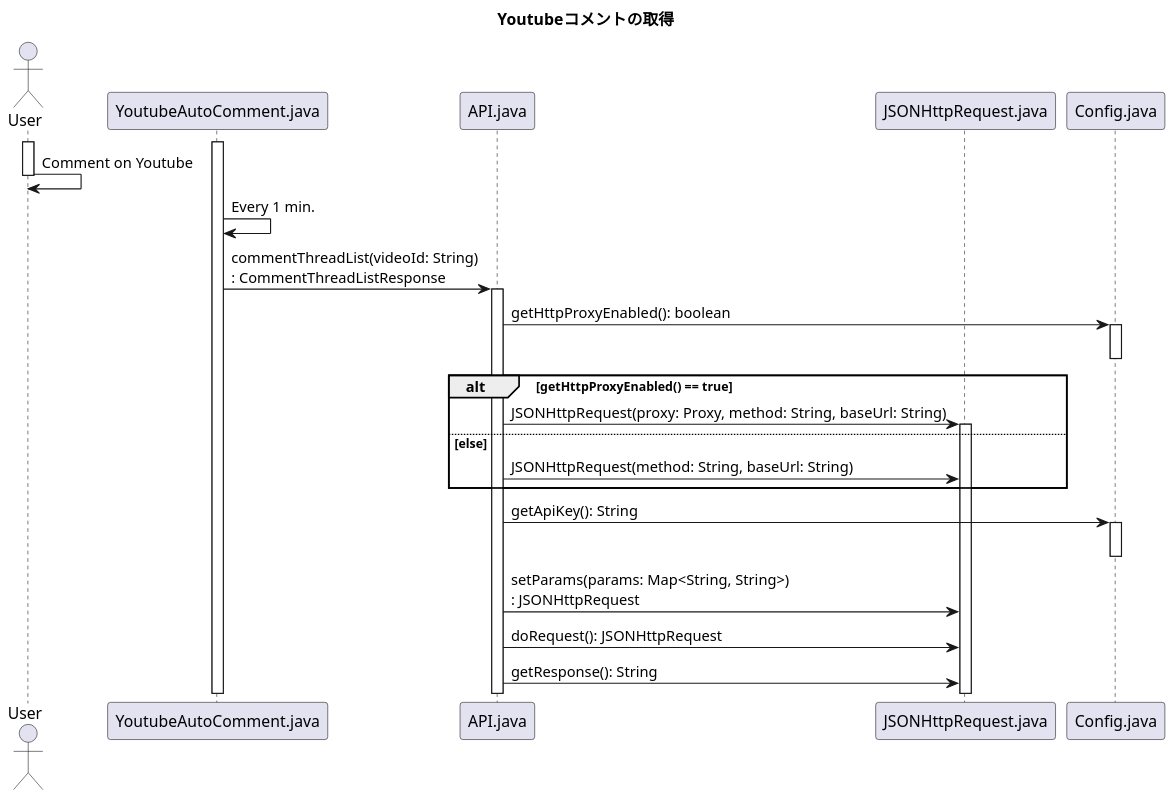
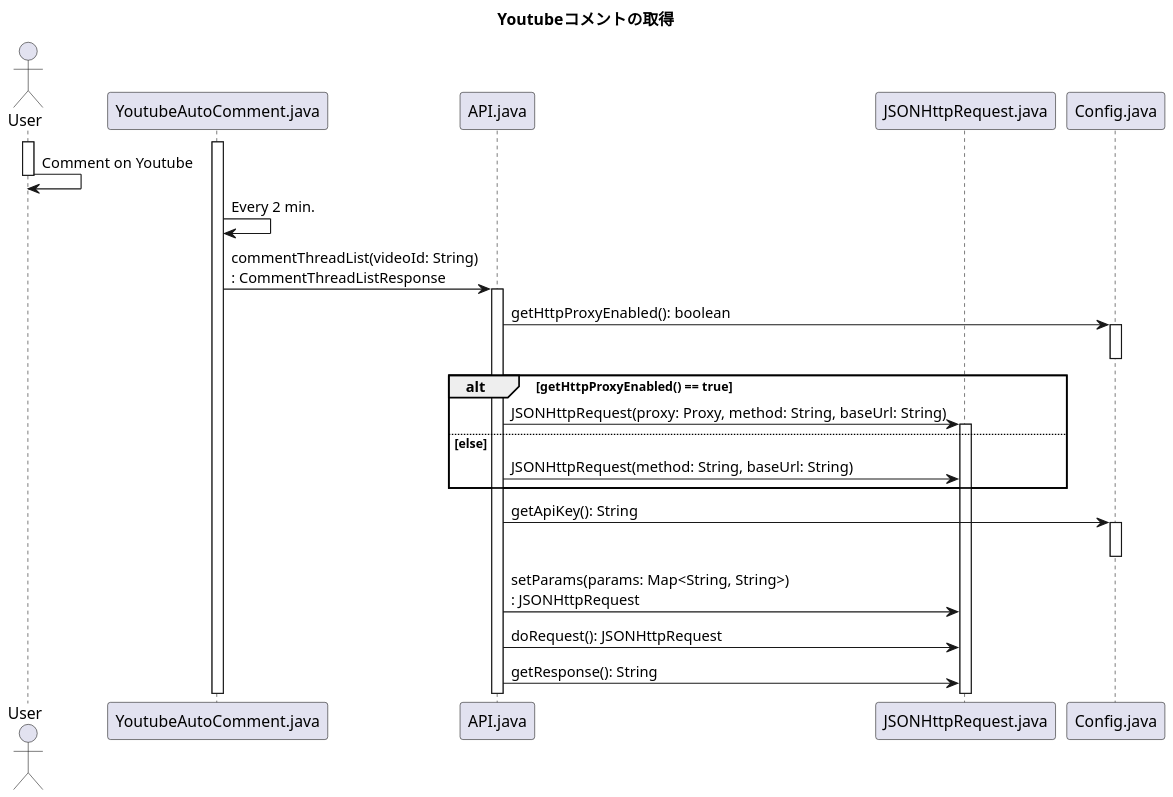
The diagram in uml/YoutubeAutoComment_SequenceDiagram_GetComment.pu (KataokaNagi/YoutubeAutoComment), drawn with PlantUML before and after one commit. The commit also changed other lines of this file, not shown here.

Commit message:
シーケンス図（コメント取得）：2 minに変更

```diff
--- a/uml/YoutubeAutoComment_SequenceDiagram_GetComment.pu
+++ b/uml/YoutubeAutoComment_SequenceDiagram_GetComment.pu
@@ -13,78 +13,78 @@
 @startuml out/SequenceDiagram_GetComment.png
 scale 1.5
 skinparam DefaultFontName メイリオ
 ' 可視性の変更
 skinparam classAttributeIconSize 0
 
 ''''''''''''''''''''''''''''''''''''''''''''''''''
 
 title
 **Youtubeコメントの取得**
 end title
 
 ''''''''''''''''''''''''''''''''''''''''''''''''''''''''''''''''''''''''''''''''
 
 actor User
 participant YoutubeAutoComment.java
 participant API.java
 participant JSONHttpRequest.java
 participant Config.java
 ' 冗長？
 ' participant HashMap.java
 ' participant ObjectMapper.java
 
 ' participant EmoationAnalyser.java
 ' participant ReplyGenerator.java
 
 ''''''''''''''''''''''''''''''''''''''''''''''''''''''''''''''''''''''''''''''''
 activate YoutubeAutoComment.java
 
 activate User
 User -> User: Comment on Youtube
 deactivate User
 
 ''''''''''''''''''''''''''''''''''''''''''''''''''
 ' activate YoutubeAutoComment.java
-YoutubeAutoComment.java -> YoutubeAutoComment.java: Every 1 min.
+YoutubeAutoComment.java -> YoutubeAutoComment.java: Every 2 min.
 ' deactivate YoutubeAutoComment.java
 
 ''''''''''''''''''''''''''''''''''''''''''''''''''
 
 YoutubeAutoComment.java -> API.java: commentThreadList(videoId: String)\n: CommentThreadListResponse
 activate API.java
 
 ''''''''''''''''''''''''''''''''''''''''''''''''''
 
 API.java -> Config.java: getHttpProxyEnabled(): boolean
 activate Config.java
 deactivate Config.java
 
 alt getHttpProxyEnabled() == true
   API.java -> JSONHttpRequest.java: JSONHttpRequest(proxy: Proxy, method: String, baseUrl: String)
   activate JSONHttpRequest.java
 else else
   API.java -> JSONHttpRequest.java: JSONHttpRequest(method: String, baseUrl: String)
 end
 
 ''''''''''''''''''''''''''''''''''''''''''''''''''
 
 API.java -> Config.java: getApiKey(): String
 activate Config.java
 deactivate Config.java
 
 ' 冗長？
 ' API.java -> HashMap.java: put(K: Object, V: Object)
 ' API.java -> HashMap.java
 ' API.java -> HashMap.java
 ' API.java -> HashMap.java
 ' API.java -> HashMap.java
 
 ''''''''''''''''''''''''''''''''''''''''''''''''''
 
 API.java -> JSONHttpRequest.java: setParams(params: Map<String, String>)\n: JSONHttpRequest
 API.java -> JSONHttpRequest.java: doRequest(): JSONHttpRequest
 API.java -> JSONHttpRequest.java: getResponse(): String
 
 ''''''''''''''''''''''''''''''''''''''''''''''''''
 
 @enduml
```
